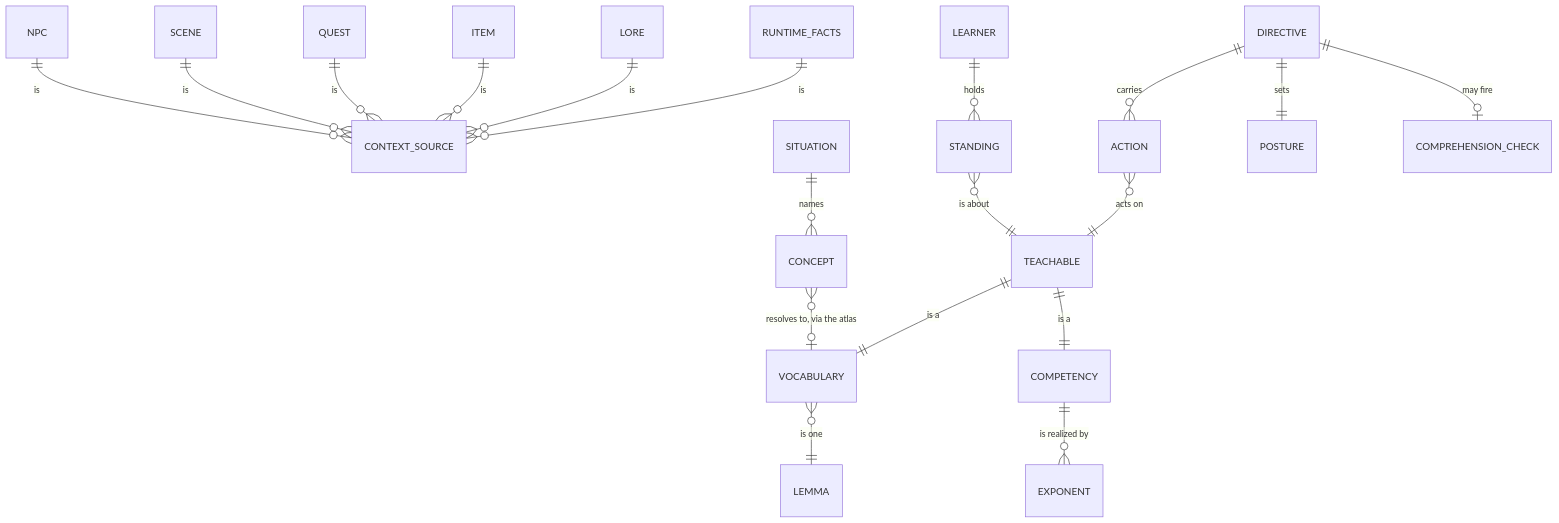
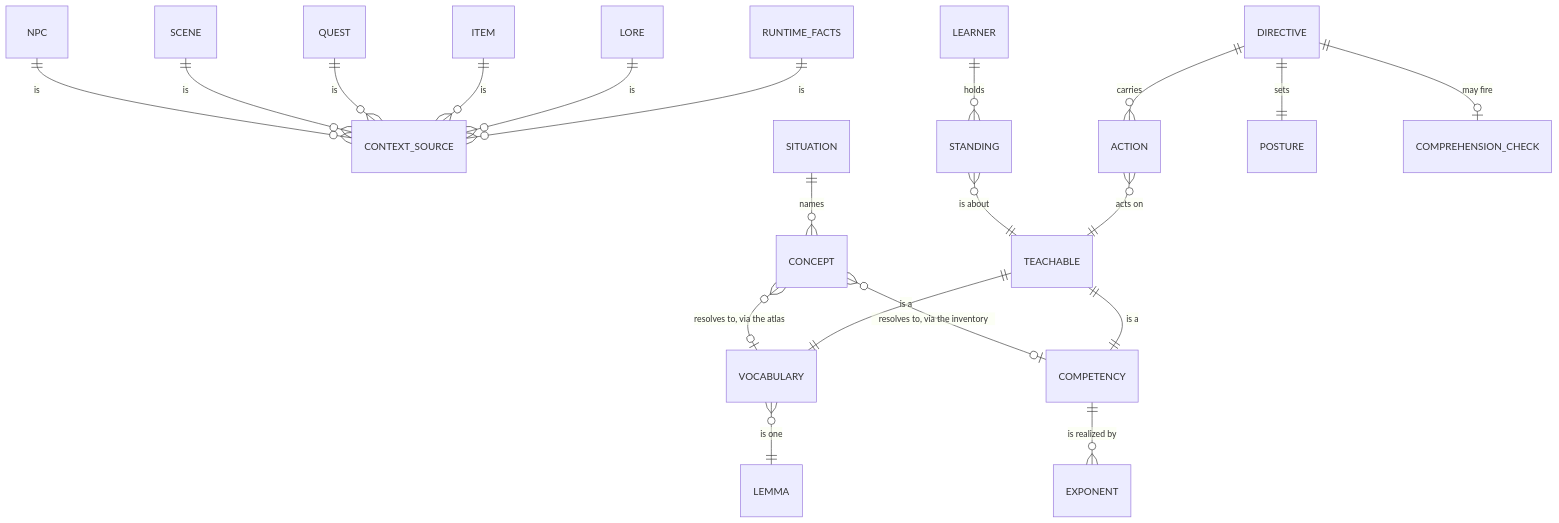
One commit to nikkileaps/sugarmagic changed the second of 3 diagrams in packages/plugins/src/catalog/sugarlang/docs/api/domain-model-after-epic-090.md. Above: the diagram before and after it, drawn with Mermaid. The commit also changed other lines of this file and 4 other files, not shown here.

````diff
--- a/packages/plugins/src/catalog/sugarlang/docs/api/domain-model-after-epic-090.md
+++ b/packages/plugins/src/catalog/sugarlang/docs/api/domain-model-after-epic-090.md
@@ -135,25 +135,26 @@
 ```mermaid
 erDiagram
     NPC ||--o{ CONTEXT_SOURCE : "is"
     SCENE ||--o{ CONTEXT_SOURCE : "is"
     QUEST ||--o{ CONTEXT_SOURCE : "is"
     ITEM ||--o{ CONTEXT_SOURCE : "is"
     LORE ||--o{ CONTEXT_SOURCE : "is"
     RUNTIME_FACTS ||--o{ CONTEXT_SOURCE : "is"
 
     SITUATION ||--o{ CONCEPT : "names"
     CONCEPT }o--o| VOCABULARY : "resolves to, via the atlas"
+    CONCEPT }o--o| COMPETENCY : "resolves to, via the inventory"
 
     TEACHABLE ||--|| VOCABULARY : "is a"
     TEACHABLE ||--|| COMPETENCY : "is a"
     VOCABULARY }o--|| LEMMA : "is one"
     COMPETENCY ||--o{ EXPONENT : "is realized by"
 
     LEARNER ||--o{ STANDING : "holds"
     STANDING }o--|| TEACHABLE : "is about"
 
     DIRECTIVE ||--o{ ACTION : "carries"
     ACTION }o--|| TEACHABLE : "acts on"
     DIRECTIVE ||--|| POSTURE : "sets"
     DIRECTIVE ||--o| COMPREHENSION_CHECK : "may fire"
 ```
````
